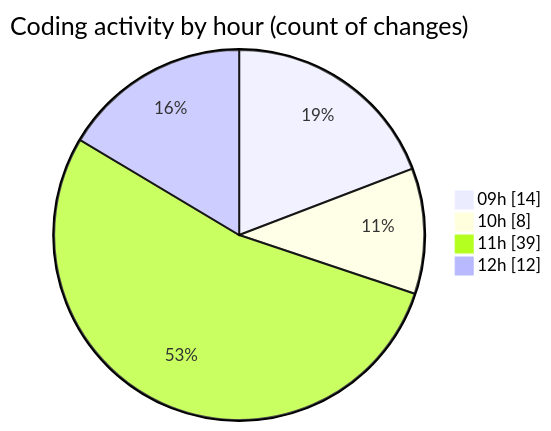
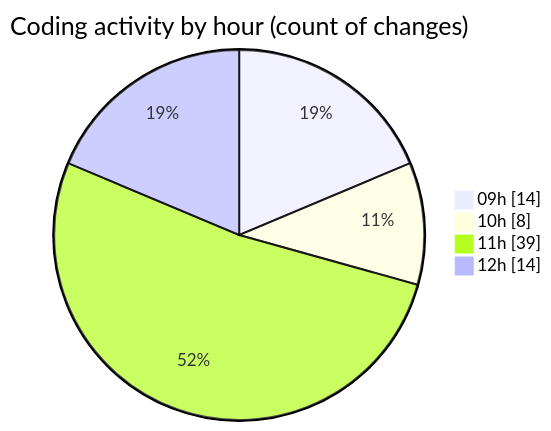
The second of 2 diagrams in 2025-02-07/cda/README.md (momahboobian/code-tracking), drawn with Mermaid before and after one commit. The commit also changed other lines of this file and 1 other file, not shown here.

````diff
--- a/2025-02-07/cda/README.md
+++ b/2025-02-07/cda/README.md
@@ -54,8 +54,8 @@
 ```mermaid
 pie showData
 title Coding activity by hour (count of changes)
 "09h" : 14
 "10h" : 8
 "11h" : 39
-"12h" : 12
+"12h" : 14
 ```
````
